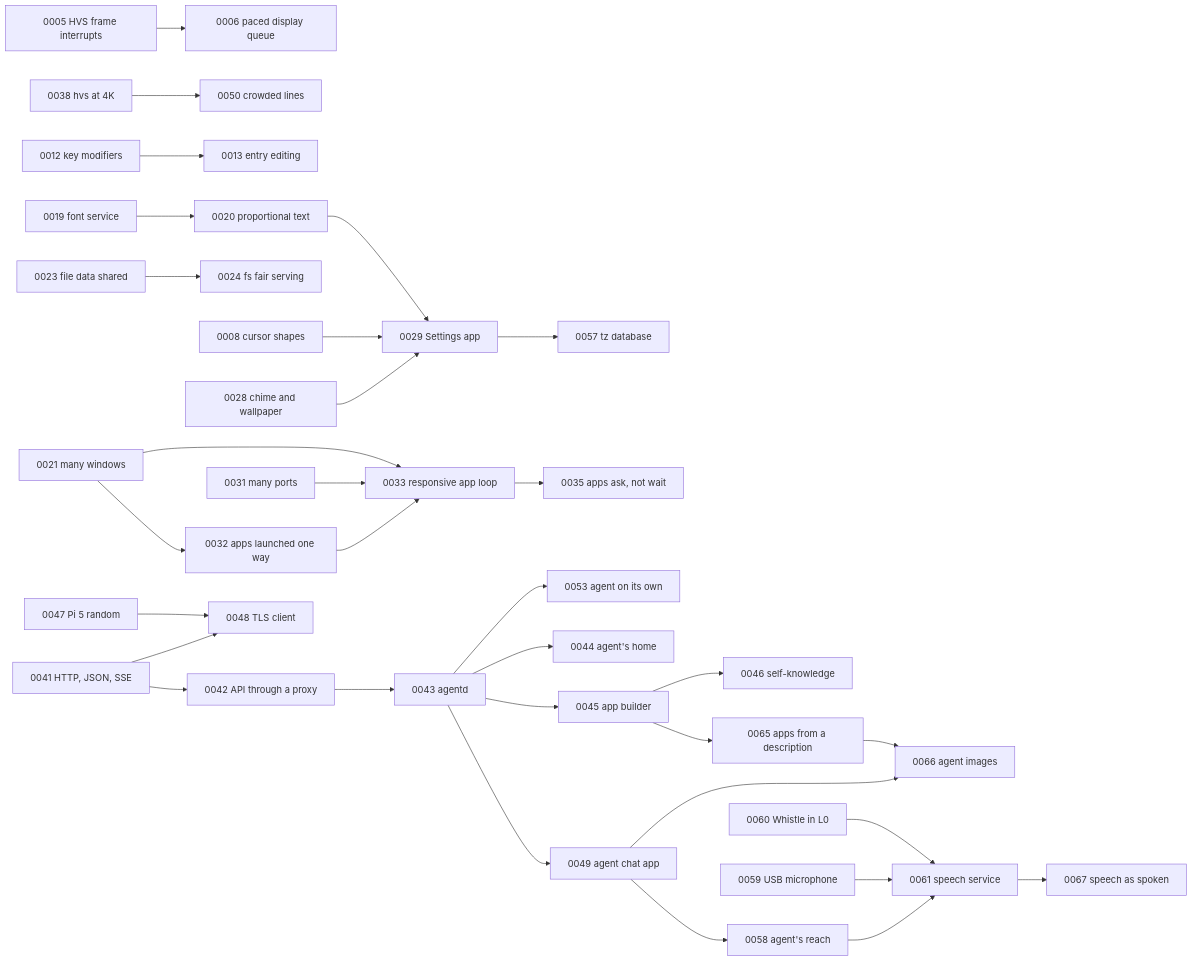
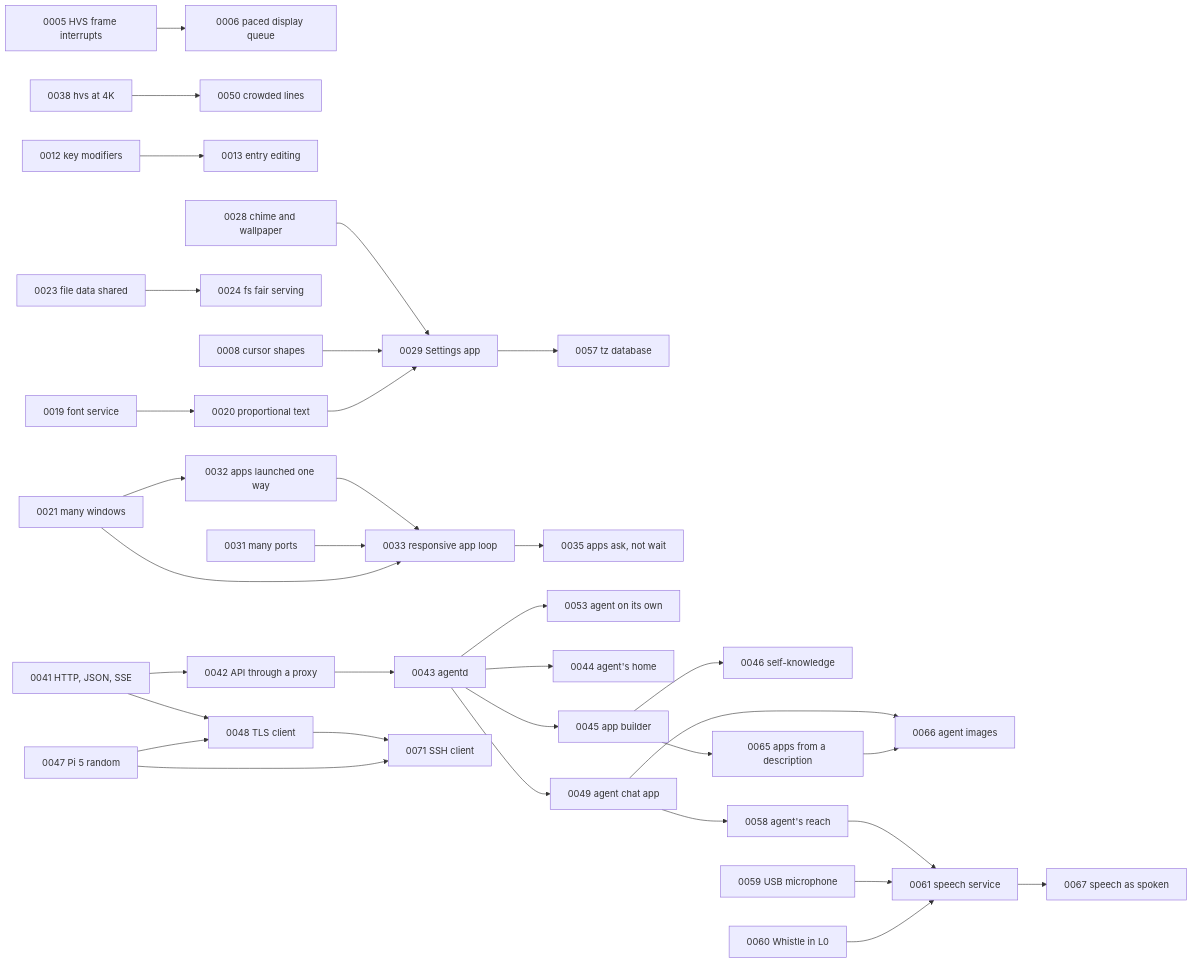
One commit to misleb/L0S changed the diagram in roadmap/INDEX.md. Above: the diagram before and after it, drawn with Mermaid. The commit also changed other lines of this file and 47 other files, not shown here.

````diff
--- a/roadmap/INDEX.md
+++ b/roadmap/INDEX.md
@@ -91,34 +98,36 @@
 ```mermaid
 graph LR
   0005[0005 HVS frame interrupts] --> 0006[0006 paced display queue]
   0038[0038 hvs at 4K] --> 0050[0050 crowded lines]
   0012[0012 key modifiers] --> 0013[0013 entry editing]
   0019[0019 font service] --> 0020[0020 proportional text]
   0023[0023 file data shared] --> 0024[0024 fs fair serving]
   0028[0028 chime and wallpaper] --> 0029[0029 Settings app]
   0008[0008 cursor shapes] --> 0029
   0020 --> 0029
   0029 --> 0057[0057 tz database]
   0021[0021 many windows] --> 0032[0032 apps launched one way]
   0032 --> 0033[0033 responsive app loop]
   0033 --> 0035[0035 apps ask, not wait]
   0031[0031 many ports] --> 0033
   0021 --> 0033
   0041[0041 HTTP, JSON, SSE] --> 0042[0042 API through a proxy]
   0042 --> 0043[0043 agentd]
   0043 --> 0053[0053 agent on its own]
   0043 --> 0044[0044 agent's home]
   0043 --> 0045[0045 app builder]
   0045 --> 0046[0046 self-knowledge]
   0045 --> 0065[0065 apps from a description]
   0043 --> 0049[0049 agent chat app]
   0049 --> 0058[0058 agent's reach]
   0049 --> 0066[0066 agent images]
   0065 --> 0066
   0058 --> 0061[0061 speech service]
   0059[0059 USB microphone] --> 0061
   0060[0060 Whistle in L0] --> 0061
   0061 --> 0067[0067 speech as spoken]
   0041 --> 0048[0048 TLS client]
   0047[0047 Pi 5 random] --> 0048
+  0048 --> 0071[0071 SSH client]
+  0047 --> 0071
 ```
````
